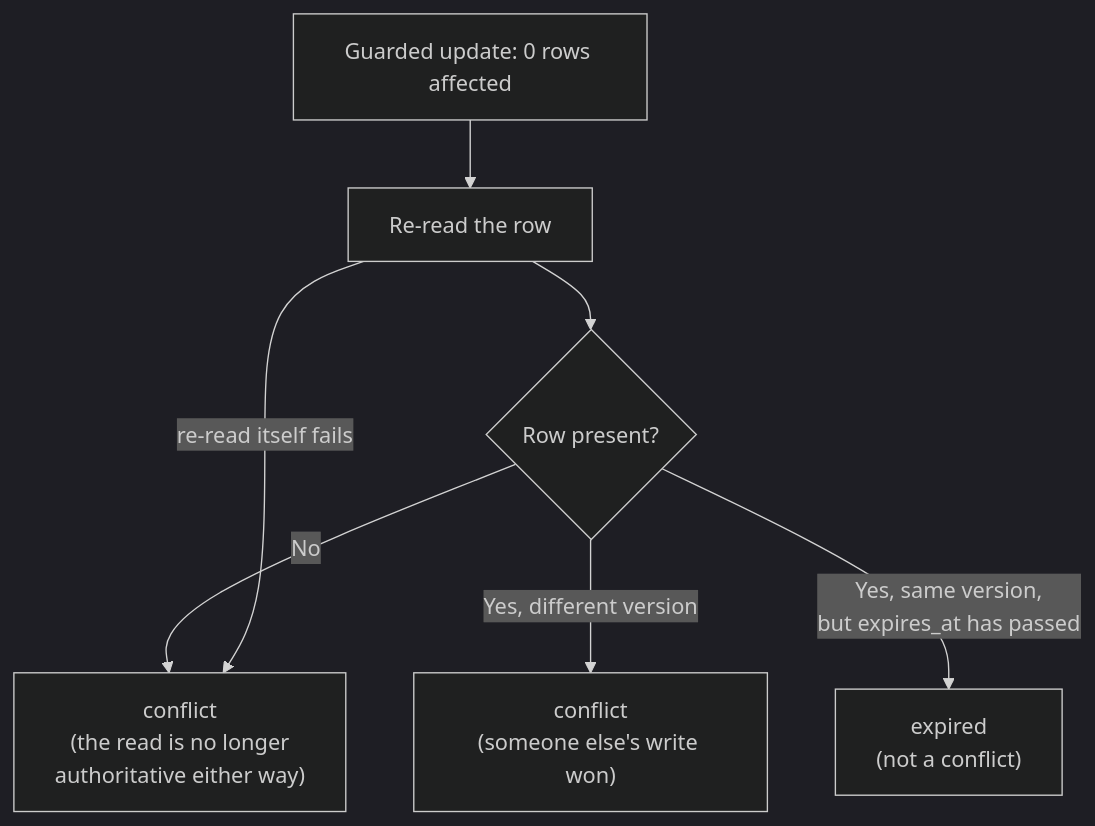
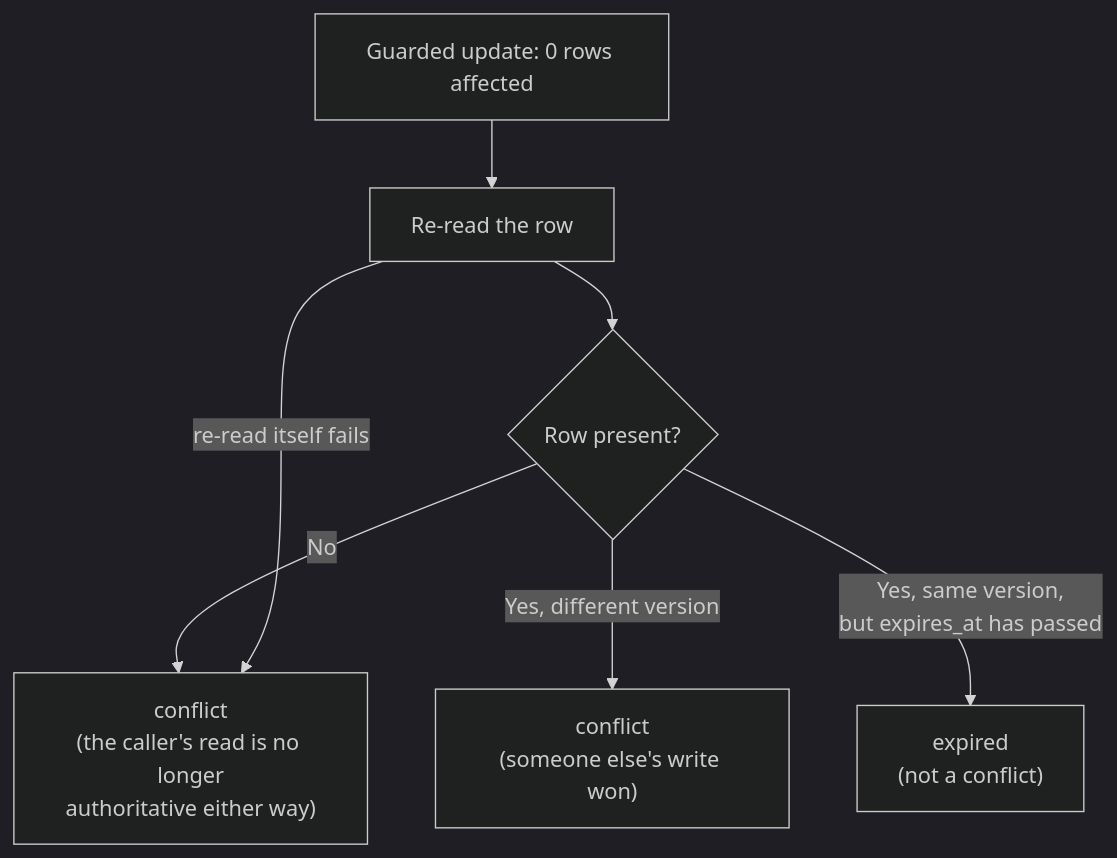
One commit to The-Running-Dev/SubZeroDev.Platform changed the first of 2 diagrams in docs/docs/guide.md. Above: the diagram before and after it, drawn with Mermaid (dark theme). The commit also changed other lines of this file, not shown here.

````diff
--- a/docs/docs/guide.md
+++ b/docs/docs/guide.md
@@ -86,9 +128,9 @@
 ```mermaid
 flowchart TD
     A["Guarded update: 0 rows affected"] --> B["Re-read the row"]
     B --> C{"Row present?"}
-    C -->|"No"| D["conflict\n(the read is no longer\nauthoritative either way)"]
+    C -->|"No"| D["conflict\n(the caller's read is no longer\nauthoritative either way)"]
     C -->|"Yes, different version"| E["conflict\n(someone else's write won)"]
     C -->|"Yes, same version,\nbut expires_at has passed"| F["expired\n(not a conflict)"]
     B -->|"re-read itself fails"| D
 ```
````
